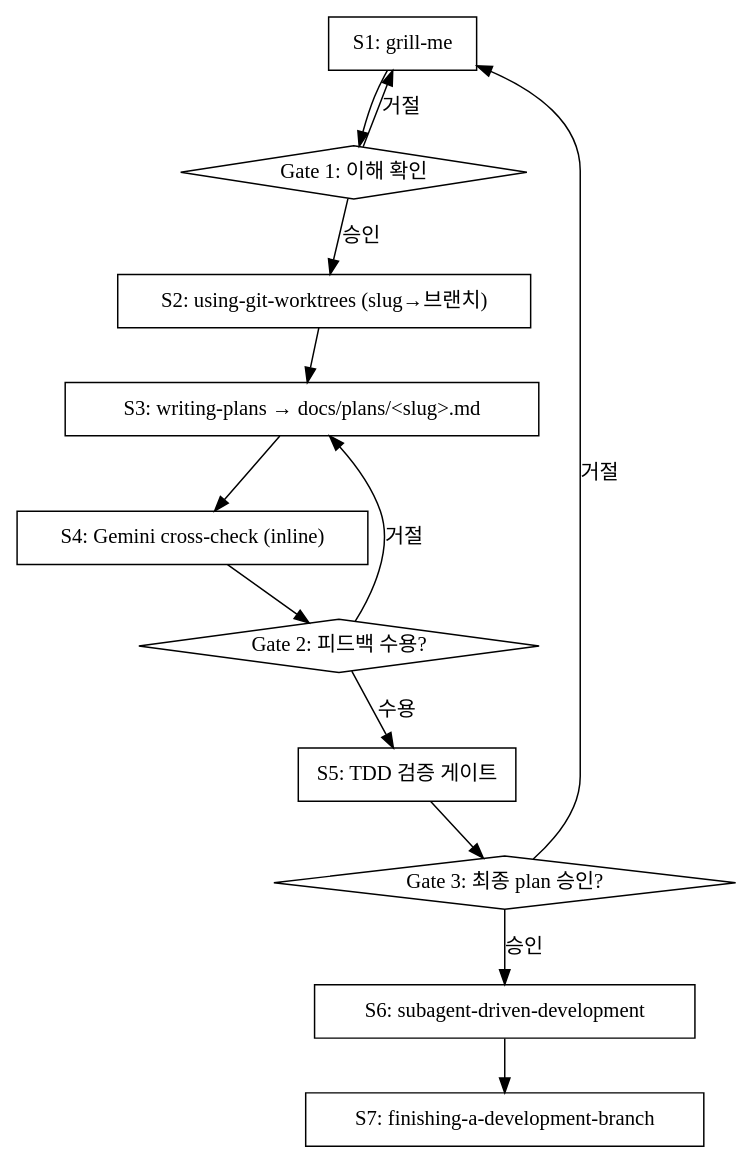
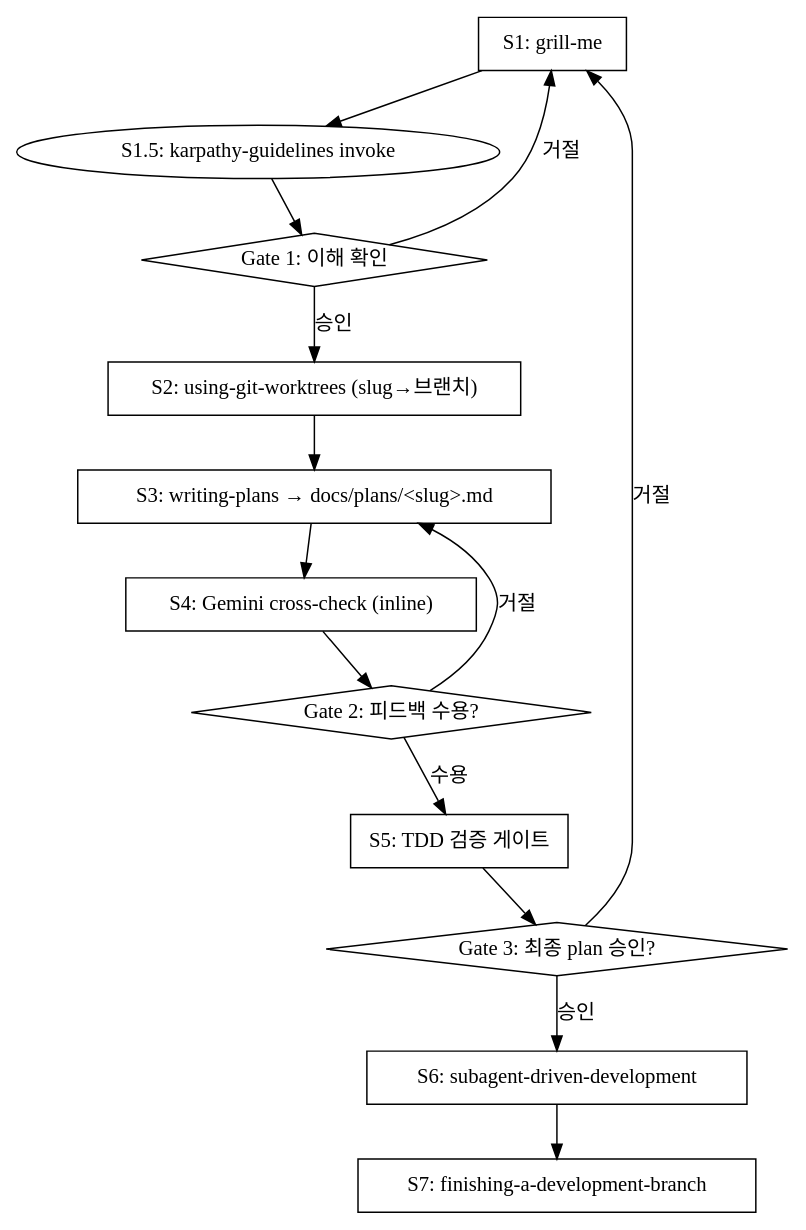
The diagram in plugins/workflow/skills/feature-pipeline/SKILL.md (ppzxc/engineering-guidelines), drawn with Graphviz before and after one commit. The commit also changed other lines of this file and 9 other files, not shown here.

Commit message:
feat(workflow): integrate karpathy-guidelines into feature-pipeline (v0.0.10) (#69)

````diff
--- a/plugins/workflow/skills/feature-pipeline/SKILL.md
+++ b/plugins/workflow/skills/feature-pipeline/SKILL.md
@@ -34,28 +34,29 @@
 ```dot
 digraph pipeline {
     rankdir=TB;
     "S1: grill-me" [shape=box];
     "Gate 1: 이해 확인" [shape=diamond];
     "S2: using-git-worktrees (slug→브랜치)" [shape=box];
     "S3: writing-plans → docs/plans/<slug>.md" [shape=box];
     "S4: Gemini cross-check (inline)" [shape=box];
     "Gate 2: 피드백 수용?" [shape=diamond];
     "S5: TDD 검증 게이트" [shape=box];
     "Gate 3: 최종 plan 승인?" [shape=diamond];
     "S6: subagent-driven-development" [shape=box];
     "S7: finishing-a-development-branch" [shape=box];
 
-    "S1: grill-me" -> "Gate 1: 이해 확인";
+    "S1: grill-me" -> "S1.5: karpathy-guidelines invoke";
+    "S1.5: karpathy-guidelines invoke" -> "Gate 1: 이해 확인";
     "Gate 1: 이해 확인" -> "S2: using-git-worktrees (slug→브랜치)" [label="승인"];
     "Gate 1: 이해 확인" -> "S1: grill-me" [label="거절"];
     "S2: using-git-worktrees (slug→브랜치)" -> "S3: writing-plans → docs/plans/<slug>.md";
     "S3: writing-plans → docs/plans/<slug>.md" -> "S4: Gemini cross-check (inline)";
     "S4: Gemini cross-check (inline)" -> "Gate 2: 피드백 수용?";
     "Gate 2: 피드백 수용?" -> "S3: writing-plans → docs/plans/<slug>.md" [label="거절"];
     "Gate 2: 피드백 수용?" -> "S5: TDD 검증 게이트" [label="수용"];
     "S5: TDD 검증 게이트" -> "Gate 3: 최종 plan 승인?";
     "Gate 3: 최종 plan 승인?" -> "S1: grill-me" [label="거절"];
     "Gate 3: 최종 plan 승인?" -> "S6: subagent-driven-development" [label="승인"];
     "S6: subagent-driven-development" -> "S7: finishing-a-development-branch";
 }
 ```
````
